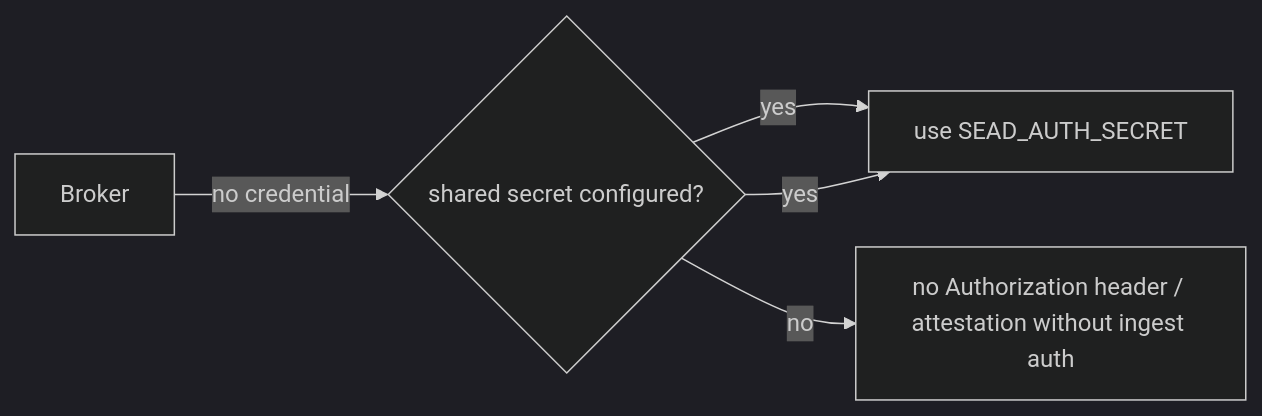
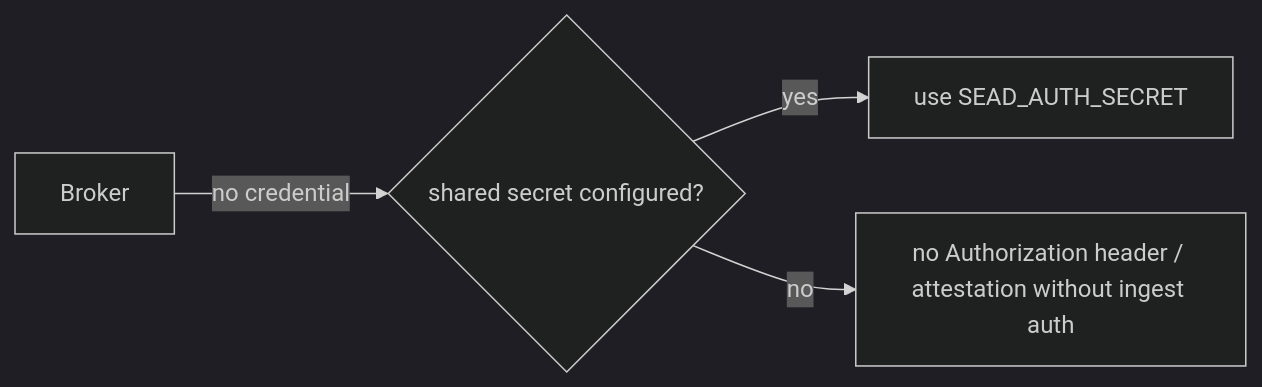
The third of 3 diagrams in README.md (Stardome-technology/stardome-sead-broker), drawn with Mermaid (dark theme) before and after one commit. The commit also changed other lines of this file and 1 other file, not shown here.

First line of the commit message:
fix: remove duplicated SEAD_AUTH_SECRET lines in compose and README

````diff
--- a/README.md
+++ b/README.md
@@ -44,7 +43,6 @@
 ```mermaid
 flowchart LR
     A[Broker] -->|no credential| B{shared secret configured?}
     B -->|yes| C[use SEAD_AUTH_SECRET]
-    B -->|yes| C[use SEAD_AUTH_SECRET]
     B -->|no| D[no Authorization header / attestation without ingest auth]
 ```
````
